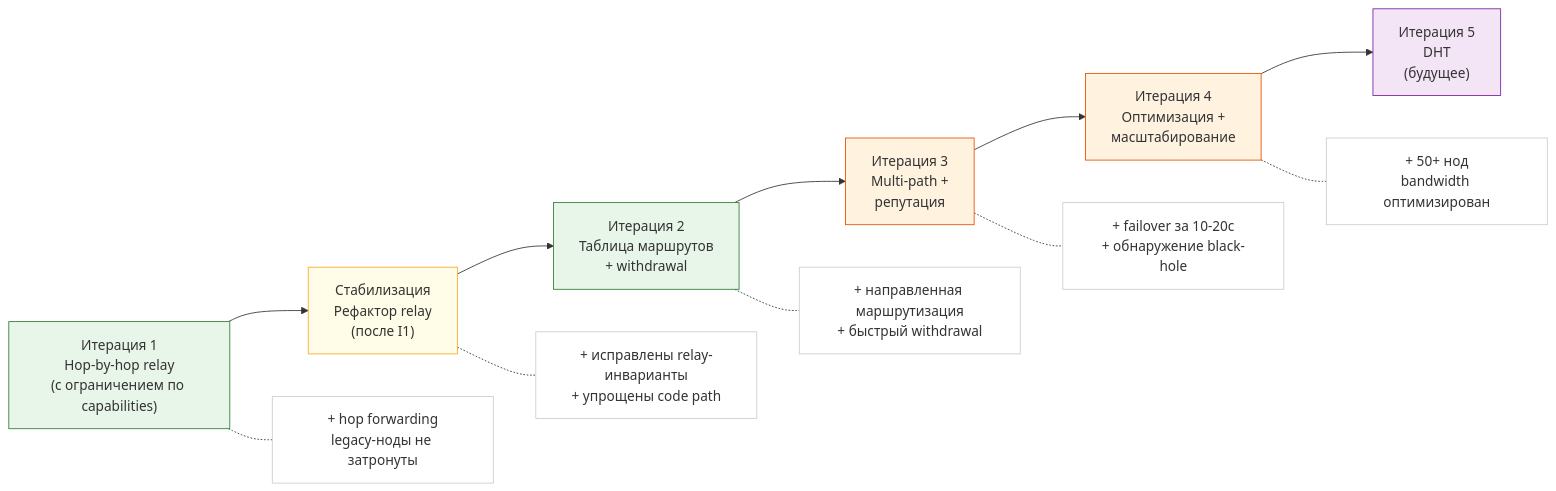
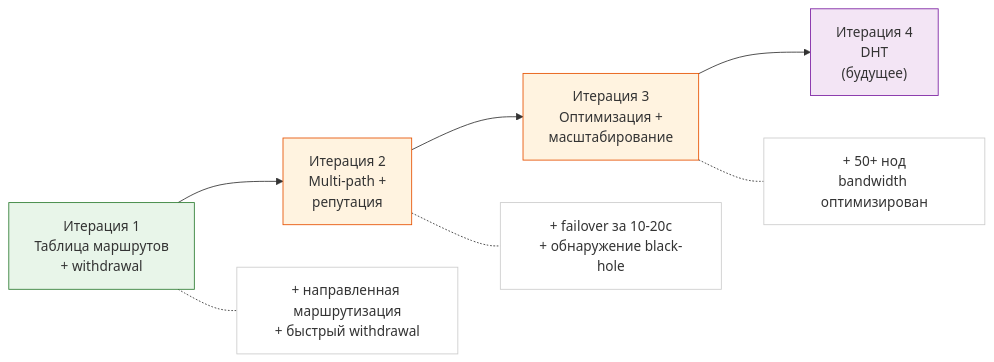
The fourth of 13 diagrams in docs/roadmap.ru.md (piratecash/corsa), drawn with Mermaid before and after one commit. The commit also changed other lines of this file and 18 other files, not shown here.

````diff
--- a/docs/roadmap.ru.md
+++ b/docs/roadmap.ru.md
@@ -1021,29 +742,21 @@
 ```mermaid
 graph LR
-    I1["Итерация 1<br/>Hop-by-hop relay<br/>(с ограничением по capabilities)"]
-    R1["Стабилизация<br/>Рефактор relay<br/>(после I1)"]
-    I2["Итерация 2<br/>Таблица маршрутов<br/>+ withdrawal"]
-    I3["Итерация 3<br/>Multi-path +<br/>репутация"]
-    I4["Итерация 4<br/>Оптимизация +<br/>масштабирование"]
-    I5["Итерация 5<br/>DHT<br/>(будущее)"]
+    I1["Итерация 1<br/>Таблица маршрутов<br/>+ withdrawal"]
+    I2["Итерация 2<br/>Multi-path +<br/>репутация"]
+    I3["Итерация 3<br/>Оптимизация +<br/>масштабирование"]
+    I4["Итерация 4<br/>DHT<br/>(будущее)"]
 
-    I1 --> R1 --> I2 --> I3 --> I4 --> I5
+    I1 --> I2 --> I3 --> I4
 
-    I1 -.- W1["+ hop forwarding<br/>legacy-ноды не затронуты"]
-    R1 -.- W1R["+ исправлены relay-инварианты<br/>+ упрощены code path"]
-    I2 -.- W2["+ направленная маршрутизация<br/>+ быстрый withdrawal"]
-    I3 -.- W3["+ failover за 10-20с<br/>+ обнаружение black-hole"]
-    I4 -.- W4["+ 50+ нод<br/>bandwidth оптимизирован"]
+    I1 -.- W1["+ направленная маршрутизация<br/>+ быстрый withdrawal"]
+    I2 -.- W2["+ failover за 10-20с<br/>+ обнаружение black-hole"]
+    I3 -.- W3["+ 50+ нод<br/>bandwidth оптимизирован"]
 
     style I1 fill:#e8f5e9,stroke:#2e7d32
-    style R1 fill:#fffde7,stroke:#f9a825
-    style I2 fill:#e8f5e9,stroke:#2e7d32
+    style I2 fill:#fff3e0,stroke:#e65100
     style I3 fill:#fff3e0,stroke:#e65100
-    style I4 fill:#fff3e0,stroke:#e65100
-    style I5 fill:#f3e5f5,stroke:#7b1fa2
+    style I4 fill:#f3e5f5,stroke:#7b1fa2
     style W1 fill:#ffffff,stroke:#ccc
-    style W1R fill:#ffffff,stroke:#ccc
     style W2 fill:#ffffff,stroke:#ccc
     style W3 fill:#ffffff,stroke:#ccc
-    style W4 fill:#ffffff,stroke:#ccc
 ```
````
